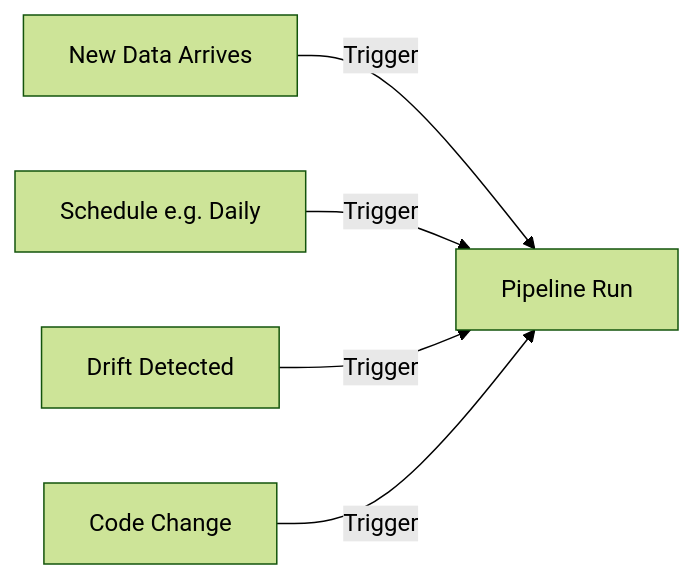
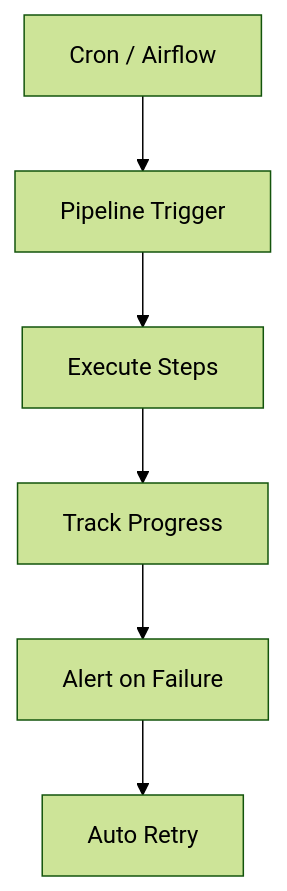
Before and after one commit to vanos001/placement_prep: the second of 2 diagrams in src/ml/mlops/pipelines.md, drawn with Mermaid (forest theme). The commit also changed other lines of this file and 43 other files, not shown here.

````diff
--- a/src/ml/mlops/pipelines.md
+++ b/src/ml/mlops/pipelines.md
@@ -79,7 +57,8 @@
 ```mermaid
-graph LR
-    A[New Data Arrives] -->|Trigger| B[Pipeline Run]
-    C[Schedule e.g. Daily] -->|Trigger| B
-    D[Drift Detected] -->|Trigger| B
-    E[Code Change] -->|Trigger| B
+graph TB
+    Scheduler[Cron / Airflow] --> Trigger[Pipeline Trigger]
+    Trigger --> Steps[Execute Steps]
+    Steps --> Monitor[Track Progress]
+    Monitor --> Alert[Alert on Failure]
+    Alert --> Retry[Auto Retry]
 ```
````
